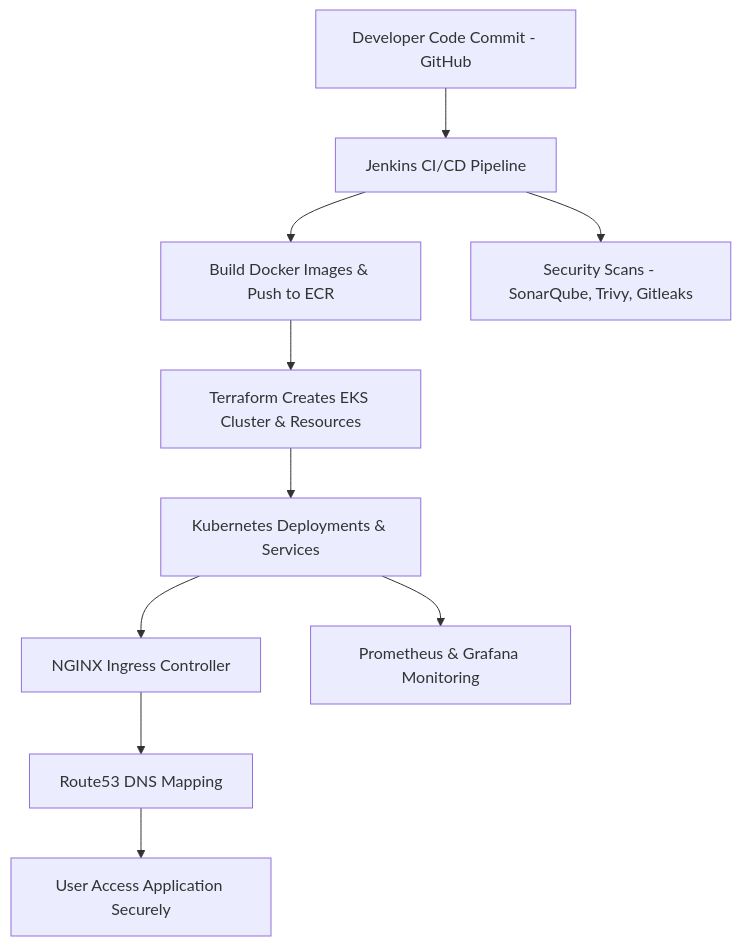
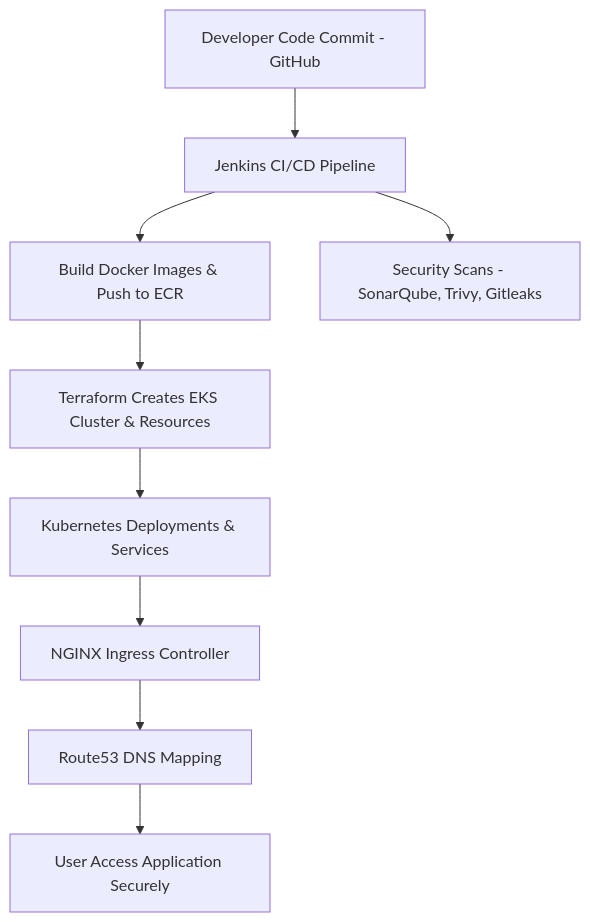
The diagram in README.md (udaychopade27/3-Tier-DevSecOps-Mega-Project), drawn with Mermaid before and after one commit.

````diff
--- a/README.md
+++ b/README.md
@@ -26,12 +26,11 @@
 ```mermaid
 graph TD
     A[Developer Code Commit - GitHub] --> B[Jenkins CI/CD Pipeline]
     B --> C[Build Docker Images & Push to ECR]
     C --> D[Terraform Creates EKS Cluster & Resources]
     D --> E[Kubernetes Deployments & Services]
     E --> F[NGINX Ingress Controller]
     F --> G[Route53 DNS Mapping]
     G --> H[User Access Application Securely]
-    E --> I[Prometheus & Grafana Monitoring]
     B --> J[Security Scans - SonarQube, Trivy, Gitleaks]
 ```
````
